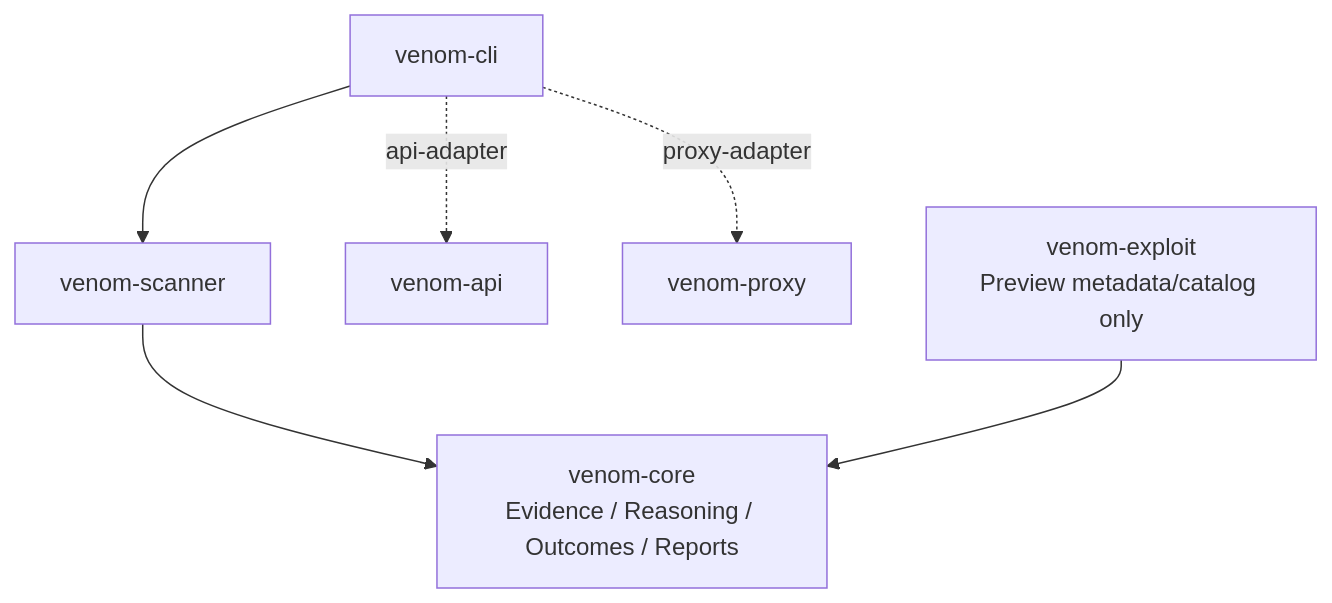
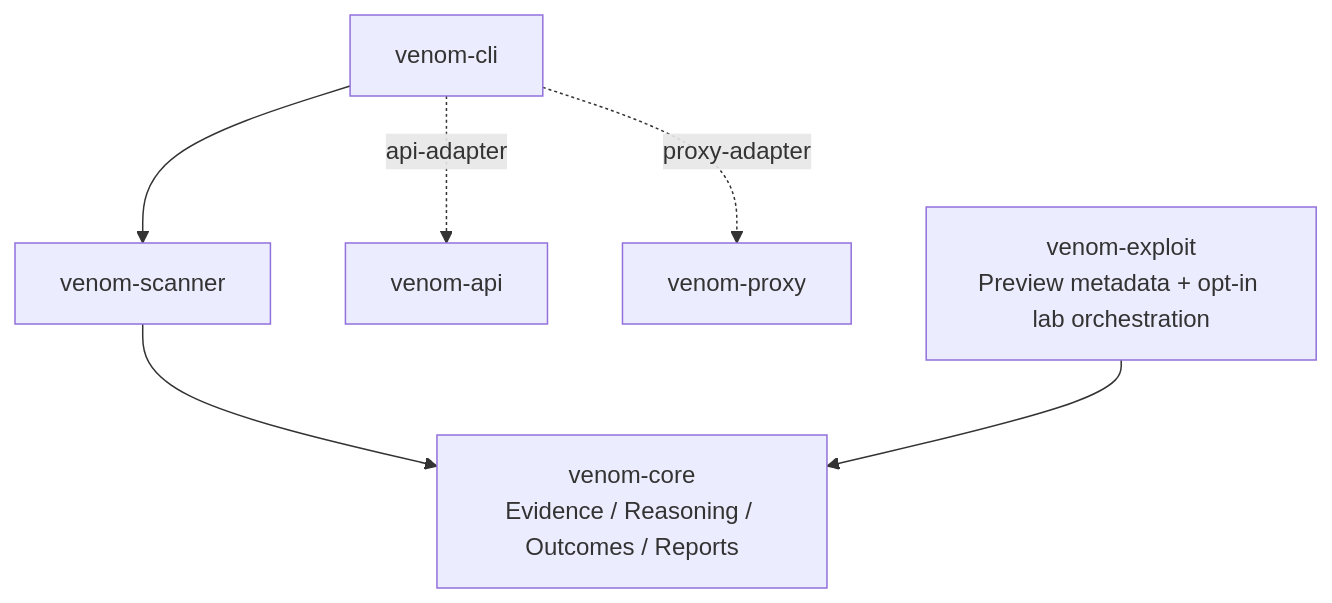
One commit to ITherso/termivar changed the first of 4 diagrams in docs/architecture.md. Above: the diagram before and after it, drawn with Mermaid. The commit also changed other lines of this file and 21 other files, not shown here.

Commit message:
feat(exploit): add authorized in-memory orchestration

````diff
--- a/docs/architecture.md
+++ b/docs/architecture.md
@@ -29,8 +29,8 @@
 ```mermaid
 flowchart TD
     CLI[venom-cli] --> Scanner[venom-scanner]
     CLI -. "api-adapter" .-> API[venom-api]
     CLI -. "proxy-adapter" .-> Proxy[venom-proxy]
     Scanner --> Core["venom-core<br/>Evidence / Reasoning / Outcomes / Reports"]
-    Exploit["venom-exploit<br/>Preview metadata/catalog only"] --> Core
+    Exploit["venom-exploit<br/>Preview metadata + opt-in lab orchestration"] --> Core
 ```
````
